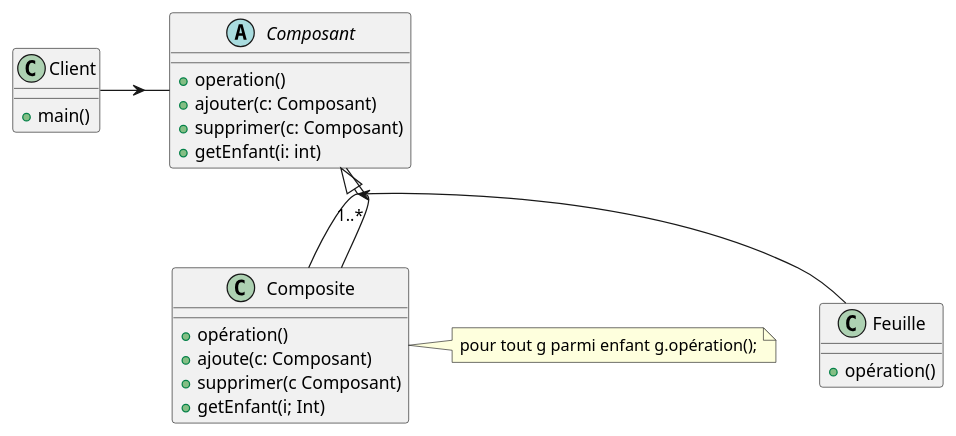
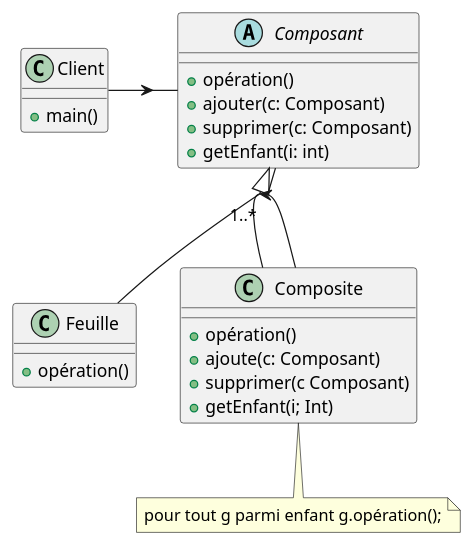
One commit to Attadeurtia/blog changed the second of 9 diagrams in content/posts/Design_Patterns.md. Above: the diagram before and after it, drawn with PlantUML. The commit also changed other lines of this file, not shown here.

````diff
--- a/content/posts/Design_Patterns.md
+++ b/content/posts/Design_Patterns.md
@@ -81,36 +94,36 @@
 ```plantuml
 @startuml
 skinparam groupInheritance 2
 
 class Client {
     + main()
 }
 
 abstract Composant {
-    + operation()
+    + opération()
     + ajouter(c: Composant)
     + supprimer(c: Composant)
     + getEnfant(i: int)
 }
 
 class Feuille{
     + opération()
 }
 
 class Composite{
     + opération()
     + ajoute(c: Composant)
     + supprimer(c Composant)
     + getEnfant(i; Int)
 }
 
 note "pour tout g parmi enfant g.opération();" as N
 
 Client -> Composant
 Composant <|-- Feuille
 Composant <|-- Composite
 Composant "1..*"<-- Composite
-Composite . N
+Composite .. N
 
 @enduml
 ```
````
